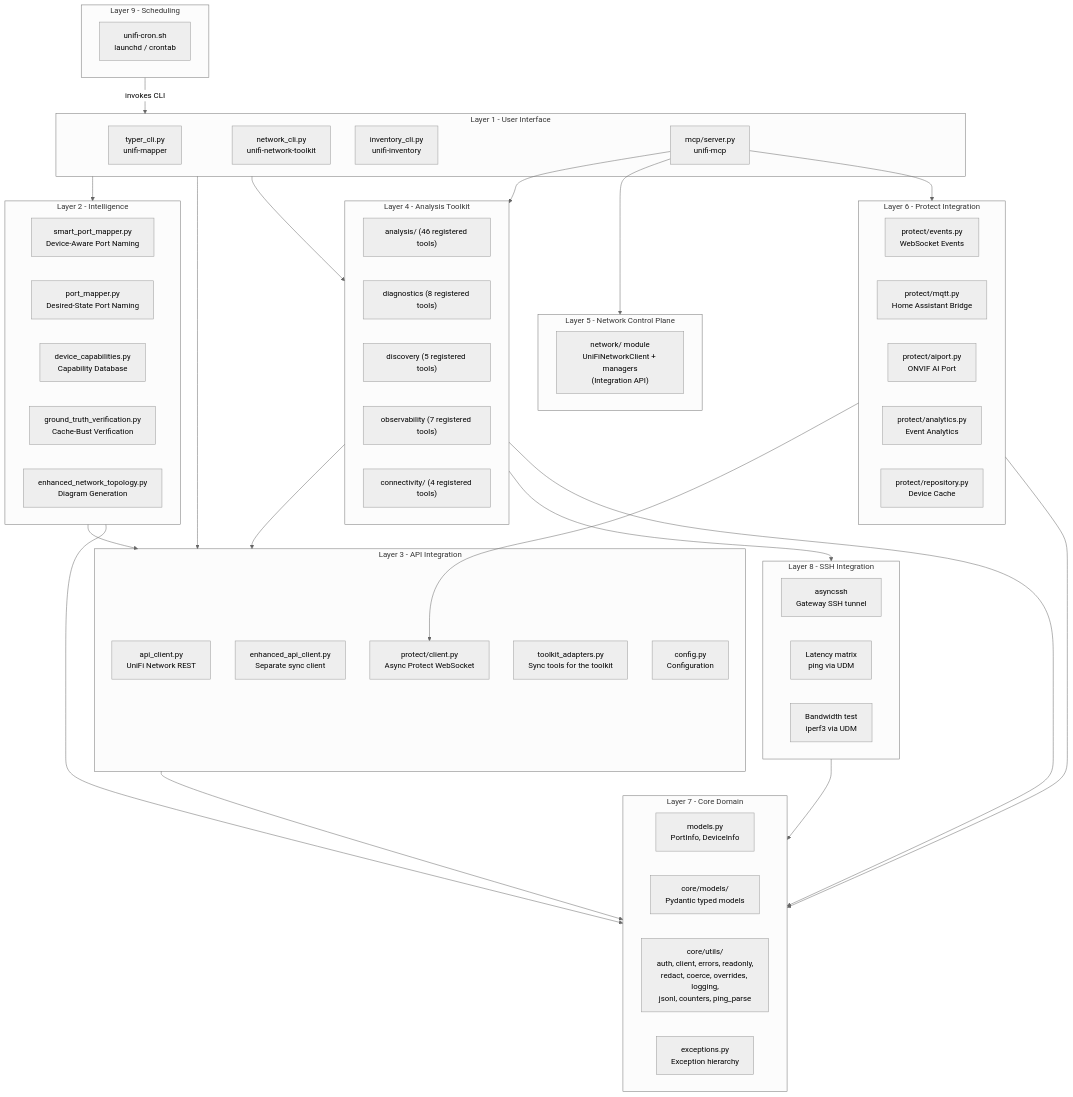
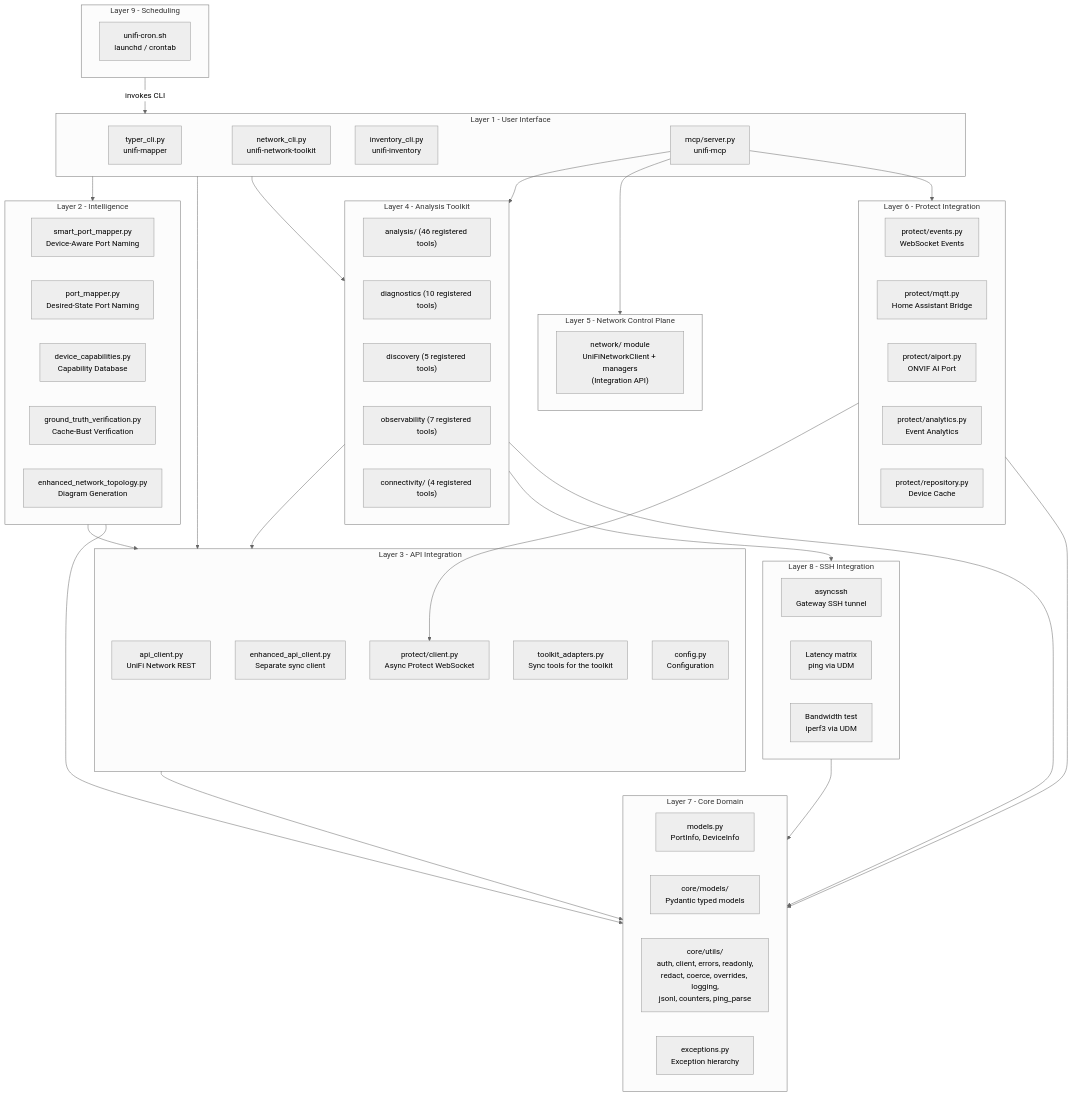
One commit to NetDevAutomate/unifi_management_cli changed the first of 21 diagrams in docs/architecture/architecture-overview.md. Above: the diagram before and after it, drawn with Mermaid (neutral theme). The commit also changed other lines of this file and 17 other files, not shown here.

````diff
--- a/docs/architecture/architecture-overview.md
+++ b/docs/architecture/architecture-overview.md
@@ -55,79 +55,79 @@
 ```mermaid
 graph TB
     subgraph UI["Layer 1 - User Interface"]
         TC["typer_cli.py\nunifi-mapper"]
         NC["network_cli.py\nunifi-network-toolkit"]
         IC["inventory_cli.py\nunifi-inventory"]
         MCP["mcp/server.py\nunifi-mcp"]
     end
 
     subgraph SCHED["Layer 9 - Scheduling"]
         CRON["unifi-cron.sh\nlaunchd / crontab"]
     end
 
     subgraph INT["Layer 2 - Intelligence"]
         SPM["smart_port_mapper.py\nDevice-Aware Port Naming"]
         PM["port_mapper.py\nDesired-State Port Naming"]
         DC["device_capabilities.py\nCapability Database"]
         GTV["ground_truth_verification.py\nCache-Bust Verification"]
         NT["enhanced_network_topology.py\nDiagram Generation"]
     end
 
     subgraph API["Layer 3 - API Integration"]
         AC["api_client.py\nUniFi Network REST"]
         EAC["enhanced_api_client.py\nSeparate sync client"]
         PC["protect/client.py\nAsync Protect WebSocket"]
         TA["toolkit_adapters.py\nSync tools for the toolkit"]
         CFG["config.py\nConfiguration"]
     end
 
     subgraph AT["Layer 4 - Analysis Toolkit"]
         AN["analysis/ (46 registered tools)"]
-        DG["diagnostics (8 registered tools)"]
+        DG["diagnostics (10 registered tools)"]
         DS["discovery (5 registered tools)"]
         OB["observability (7 registered tools)"]
         CN["connectivity/ (4 registered tools)"]
     end
 
     subgraph SSH["Layer 8 - SSH Integration"]
         SSHL["asyncssh\nGateway SSH tunnel"]
         PING["Latency matrix\nping via UDM"]
         IPERF["Bandwidth test\niperf3 via UDM"]
     end
 
     subgraph NCP["Layer 5 - Network Control Plane"]
         NW["network/ module\nUniFiNetworkClient + managers\n(Integration API)"]
     end
 
     subgraph PR["Layer 6 - Protect Integration"]
         PE["protect/events.py\nWebSocket Events"]
         PQ["protect/mqtt.py\nHome Assistant Bridge"]
         PAI["protect/aiport.py\nONVIF AI Port"]
         PAN["protect/analytics.py\nEvent Analytics"]
         PRE["protect/repository.py\nDevice Cache"]
     end
 
     subgraph CD["Layer 7 - Core Domain"]
         MD["models.py\nPortInfo, DeviceInfo"]
         CM["core/models/\nPydantic typed models"]
         CU["core/utils/\nauth, client, errors, readonly,\nredact, coerce, overrides, logging,\njsonl, counters, ping_parse"]
         EX["exceptions.py\nException hierarchy"]
     end
 
     SCHED -->|"invokes CLI"| UI
     UI --> INT
     UI --> API
     UI --> AT
     INT --> API
     INT --> CD
     API --> CD
     AT --> API
     AT --> SSH
     AT --> CD
     PR --> PC
     PR --> CD
     MCP --> AT
     MCP --> NCP
     MCP --> PR
     SSH --> CD
 ```
````
